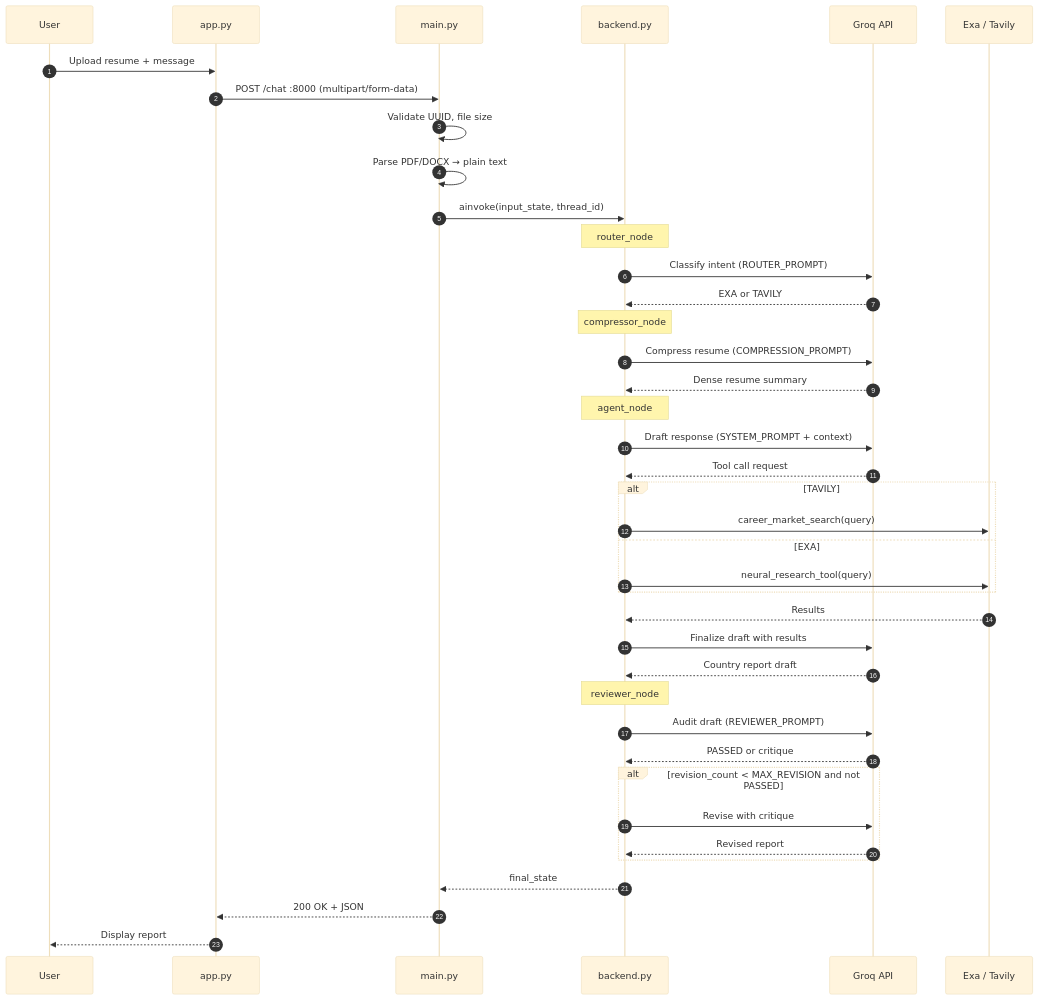
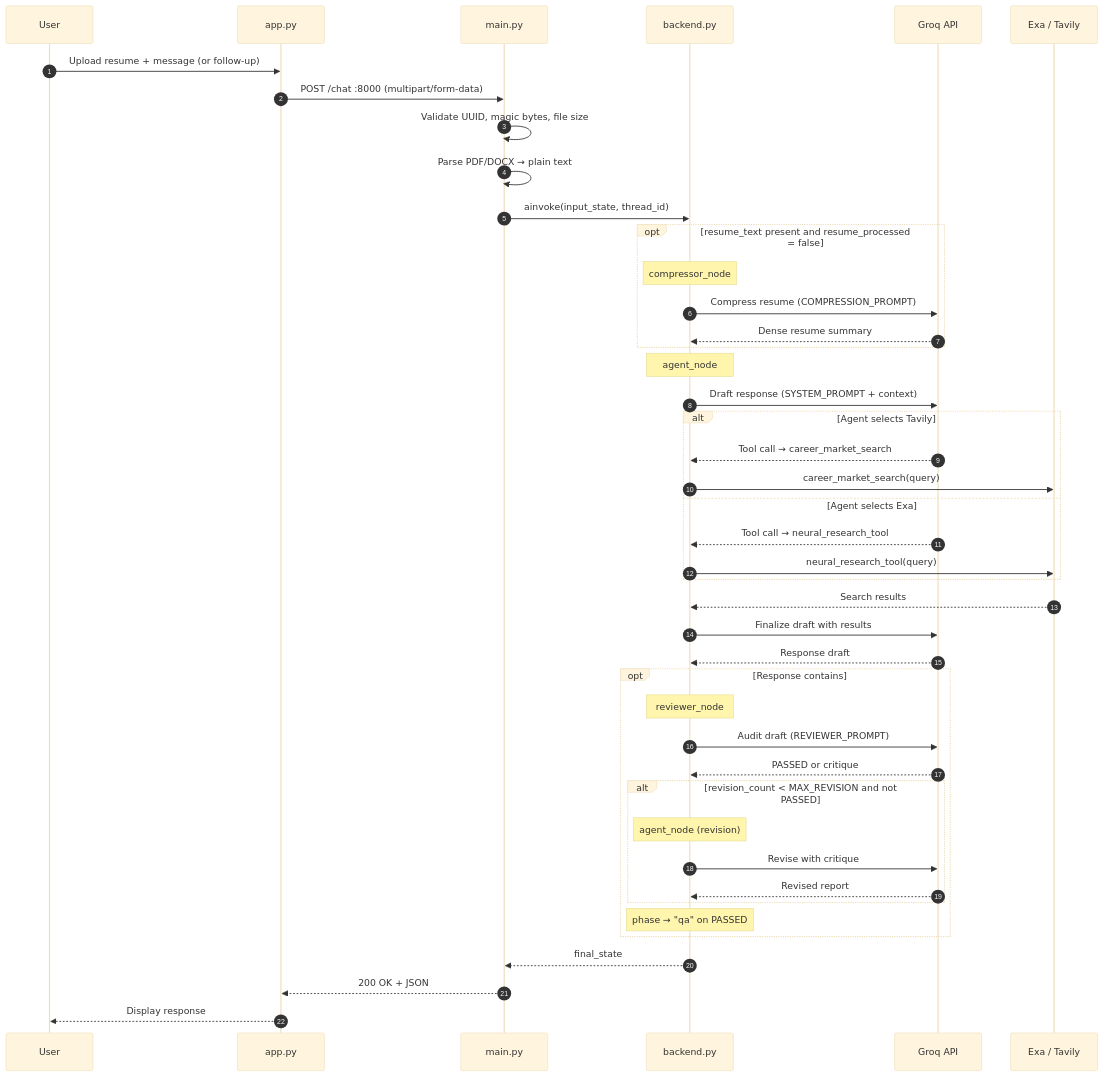
One commit to Yogi-hub/groovia-prototype changed the diagram in README.md. Above: the diagram before and after it, drawn with Mermaid (base theme). The commit also changed other lines of this file, not shown here.

Commit message:
Enhance README with API details and architecture updates
Updated README.md to clarify API interactions and system architecture.

````diff
--- a/README.md
+++ b/README.md
@@ -10,52 +11,55 @@
 ```mermaid
 sequenceDiagram
     autonumber
     participant U as User
     participant UI as app.py
     participant API as main.py
     participant Graph as backend.py
     participant Groq as Groq API
     participant Search as Exa / Tavily
 
-    U->>UI: Upload resume + message
+    U->>UI: Upload resume + message (or follow-up)
     UI->>API: POST /chat :8000 (multipart/form-data)
-    API->>API: Validate UUID, file size
+    API->>API: Validate UUID, magic bytes, file size
     API->>API: Parse PDF/DOCX → plain text
-
     API->>Graph: ainvoke(input_state, thread_id)
 
-    Note over Graph: router_node
-    Graph->>Groq: Classify intent (ROUTER_PROMPT)
-    Groq-->>Graph: EXA or TAVILY
-
-    Note over Graph: compressor_node
-    Graph->>Groq: Compress resume (COMPRESSION_PROMPT)
-    Groq-->>Graph: Dense resume summary
+    opt resume_text present and resume_processed = false
+        Note over Graph: compressor_node
+        Graph->>Groq: Compress resume (COMPRESSION_PROMPT)
+        Groq-->>Graph: Dense resume summary
+    end
 
     Note over Graph: agent_node
     Graph->>Groq: Draft response (SYSTEM_PROMPT + context)
-    Groq-->>Graph: Tool call request
 
-    alt TAVILY
+    alt Agent selects Tavily
+        Groq-->>Graph: Tool call → career_market_search
         Graph->>Search: career_market_search(query)
-    else EXA
+    else Agent selects Exa
+        Groq-->>Graph: Tool call → neural_research_tool
         Graph->>Search: neural_research_tool(query)
     end
-    Search-->>Graph: Results
 
+    Search-->>Graph: Search results
     Graph->>Groq: Finalize draft with results
-    Groq-->>Graph: Country report draft
+    Groq-->>Graph: Response draft
 
-    Note over Graph: reviewer_node
-    Graph->>Groq: Audit draft (REVIEWER_PROMPT)
-    Groq-->>Graph: PASSED or critique
+    opt Response contains ### country headers
+        Note over Graph: reviewer_node
+        Graph->>Groq: Audit draft (REVIEWER_PROMPT)
+        Groq-->>Graph: PASSED or critique
 
-    alt revision_count < MAX_REVISION and not PASSED
-        Graph->>Groq: Revise with critique
-        Groq-->>Graph: Revised report
+        alt revision_count < MAX_REVISION and not PASSED
+            Note over Graph: agent_node (revision)
+            Graph->>Groq: Revise with critique
+            Groq-->>Graph: Revised report
+        end
+
+        Note over Graph: phase → "qa" on PASSED
     end
 
     Graph-->>API: final_state
     API-->>UI: 200 OK + JSON
-    UI-->>U: Display report
+    UI-->>U: Display response
 ```
````
